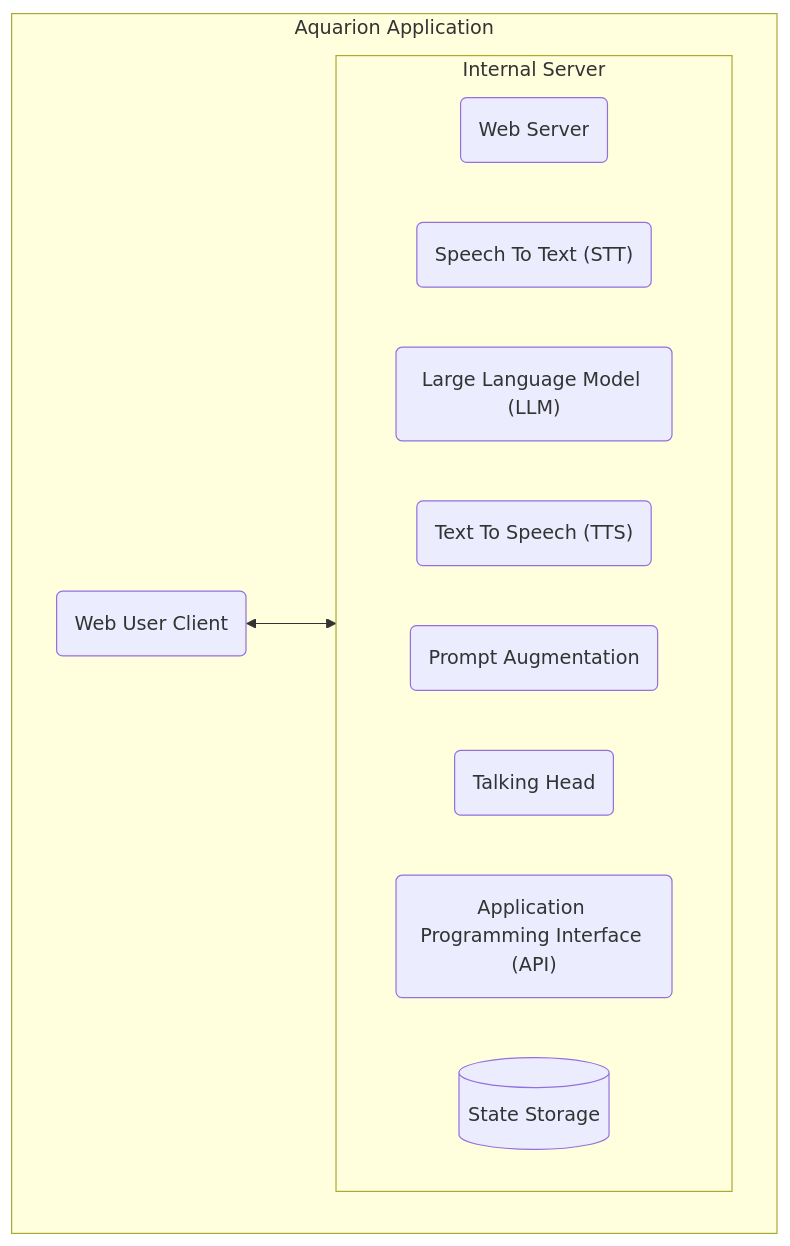
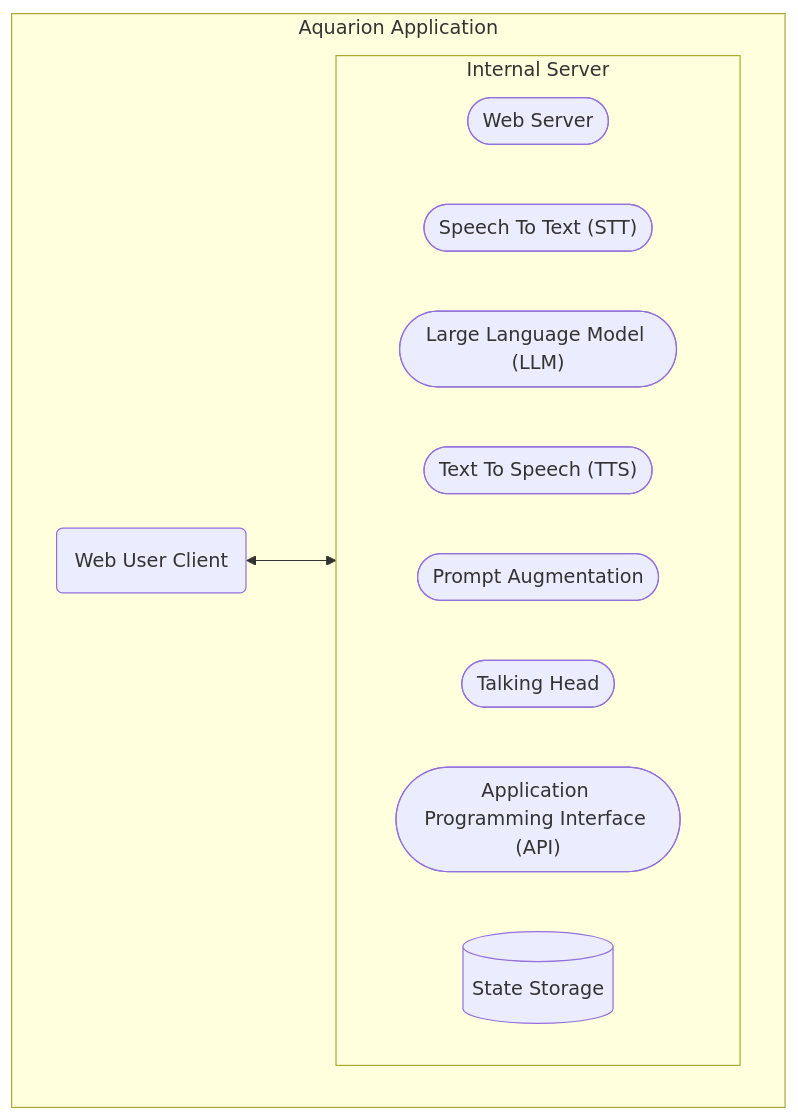
The eighth of 9 diagrams in docs/system_architectures.md (aquarion-ai/aquarion-docs), drawn with Mermaid before and after one commit. The commit also changed other lines of this file, not shown here.

Commit message:
docs: :memo: add final touches to system architecture doc

````diff
--- a/docs/system_architectures.md
+++ b/docs/system_architectures.md
@@ -353,23 +345,23 @@
 ```mermaid
    graph LR
 
    subgraph app[Aquarion Application]
      direction LR
      webclient(Web User Client)
 
      subgraph server[Internal Server]
        direction LR
-       webserver(Web Server)
-       stt("Speech To Text (STT)")
-       llm("Large Language Model (LLM)")
-       tts("Text To Speech (TTS)")
-       prompt(Prompt Augmentation)
-       head(Talking Head)
-       api("Application Programming Interface (API)")
+       webserver([Web Server])
+       stt(["Speech To Text (STT)"])
+       llm(["Large Language Model (LLM)"])
+       tts(["Text To Speech (TTS)"])
+       prompt([Prompt Augmentation])
+       head([Talking Head])
+       api(["Application Programming Interface (API)"])
        db[("State Storage")]
      end
 
      webclient <--> server
    end
 
 ```
````
